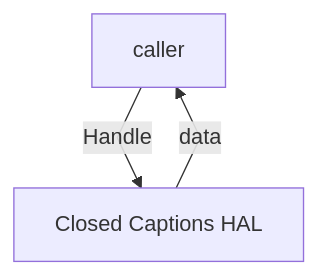
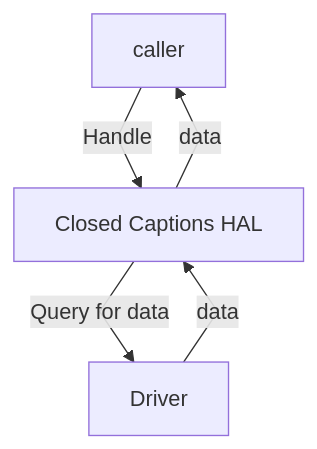
One commit to rdkcentral/rdk-halif-closed_captions changed the first of 2 diagrams in docs/pages/ClosedCaptions_halSpec.md. Above: the diagram before and after it, drawn with Mermaid. The commit also changed other lines of this file, not shown here.

````diff
--- a/docs/pages/ClosedCaptions_halSpec.md
+++ b/docs/pages/ClosedCaptions_halSpec.md
@@ -60,6 +61,8 @@
 ```mermaid
 %%{init: {"flowchart": {"curve": "linear"}} }%%
 flowchart
     A[caller] -->|Handle| B[Closed Captions HAL]
+    B --> |Query for data| C[Driver]
+    C --> |data| B
     B --> |data| A
  ```
````
